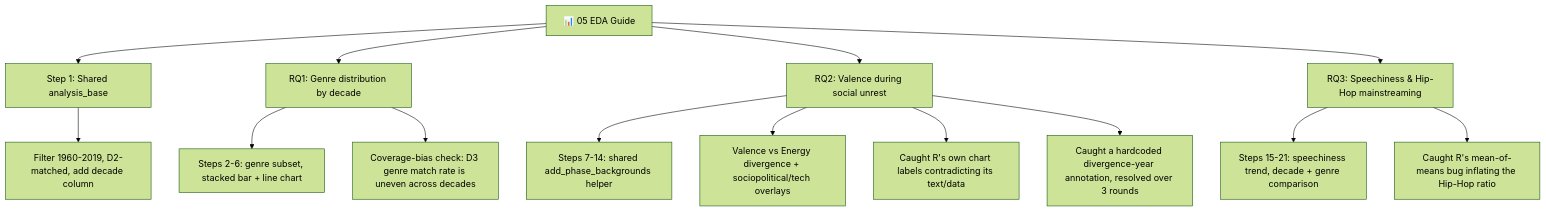
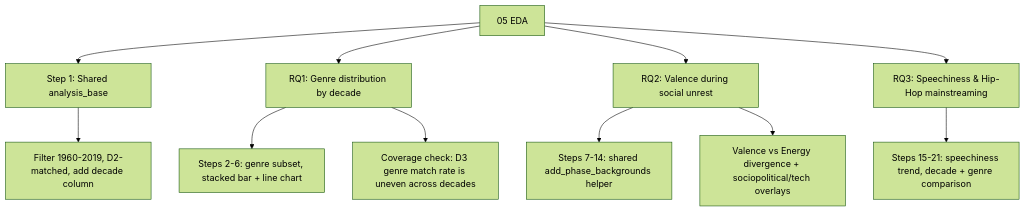
Before and after one commit to Vivian-be-nerd/FuWei-Portfolio: the diagram in pipeline-guides/05_EDA.md, drawn with Mermaid (forest theme). The commit also changed other lines of this file and 4 other files, not shown here.

````diff
--- a/pipeline-guides/05_EDA.md
+++ b/pipeline-guides/05_EDA.md
@@ -3,20 +3,17 @@
 ```mermaid
 flowchart TD
-    A[📊 05 EDA Guide] --> B[Step 1: Shared analysis_base]
+    A[05 EDA] --> B[Step 1: Shared analysis_base]
     A --> C[RQ1: Genre distribution by decade]
     A --> D[RQ2: Valence during social unrest]
     A --> E[RQ3: Speechiness & Hip-Hop mainstreaming]
 
     B --> B1[Filter 1960-2019, D2-matched, add decade column]
 
     C --> C1[Steps 2-6: genre subset, stacked bar + line chart]
-    C --> C2[Coverage-bias check: D3 genre match rate is uneven across decades]
+    C --> C2[Coverage check: D3 genre match rate is uneven across decades]
 
     D --> D1[Steps 7-14: shared add_phase_backgrounds helper]
     D --> D2[Valence vs Energy divergence + sociopolitical/tech overlays]
-    D --> D3[Caught R's own chart labels contradicting its text/data]
-    D --> D4[Caught a hardcoded divergence-year annotation, resolved over 3 rounds]
 
     E --> E1[Steps 15-21: speechiness trend, decade + genre comparison]
-    E --> E2[Caught R's mean-of-means bug inflating the Hip-Hop ratio]
 ```
````
